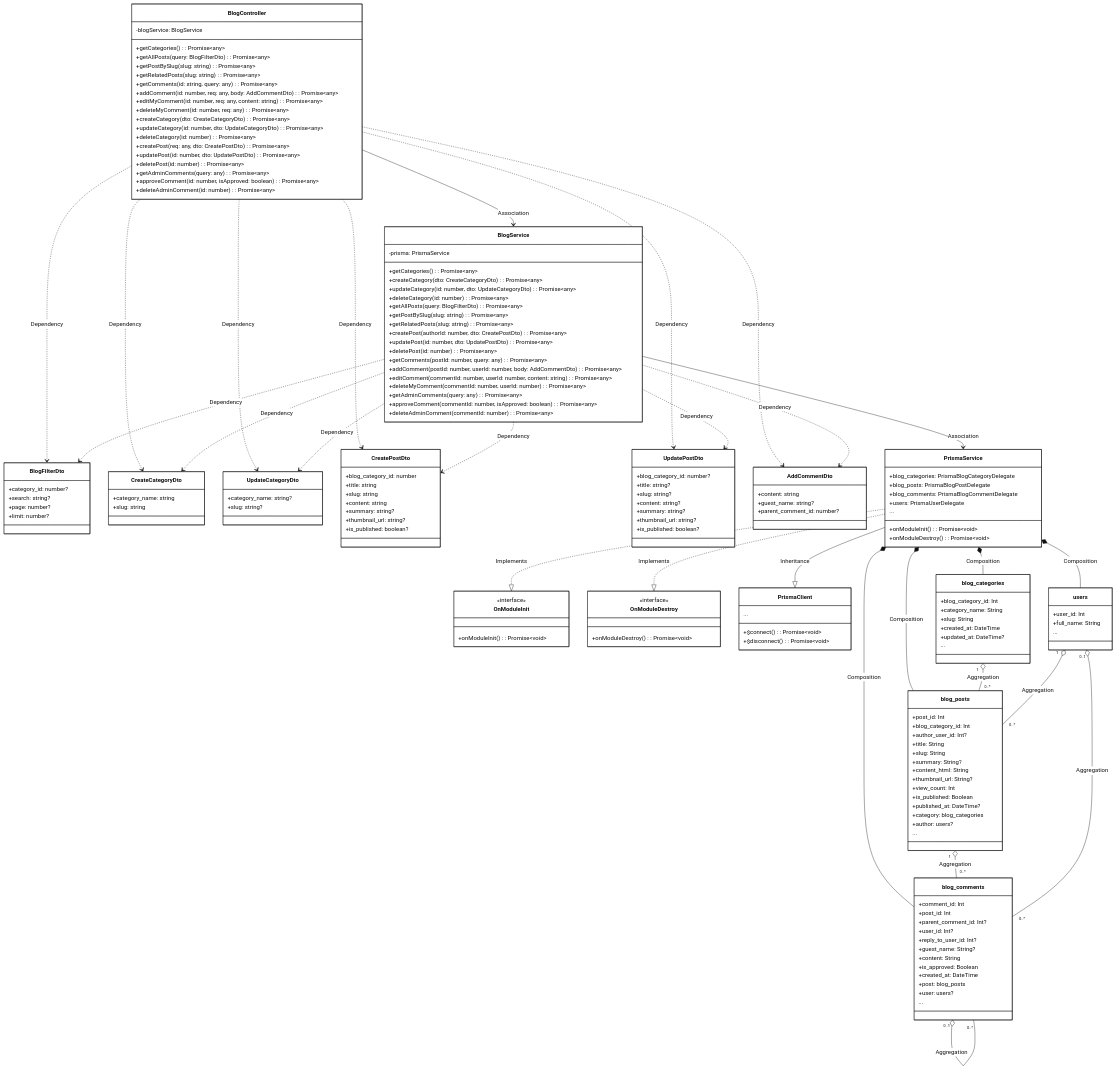
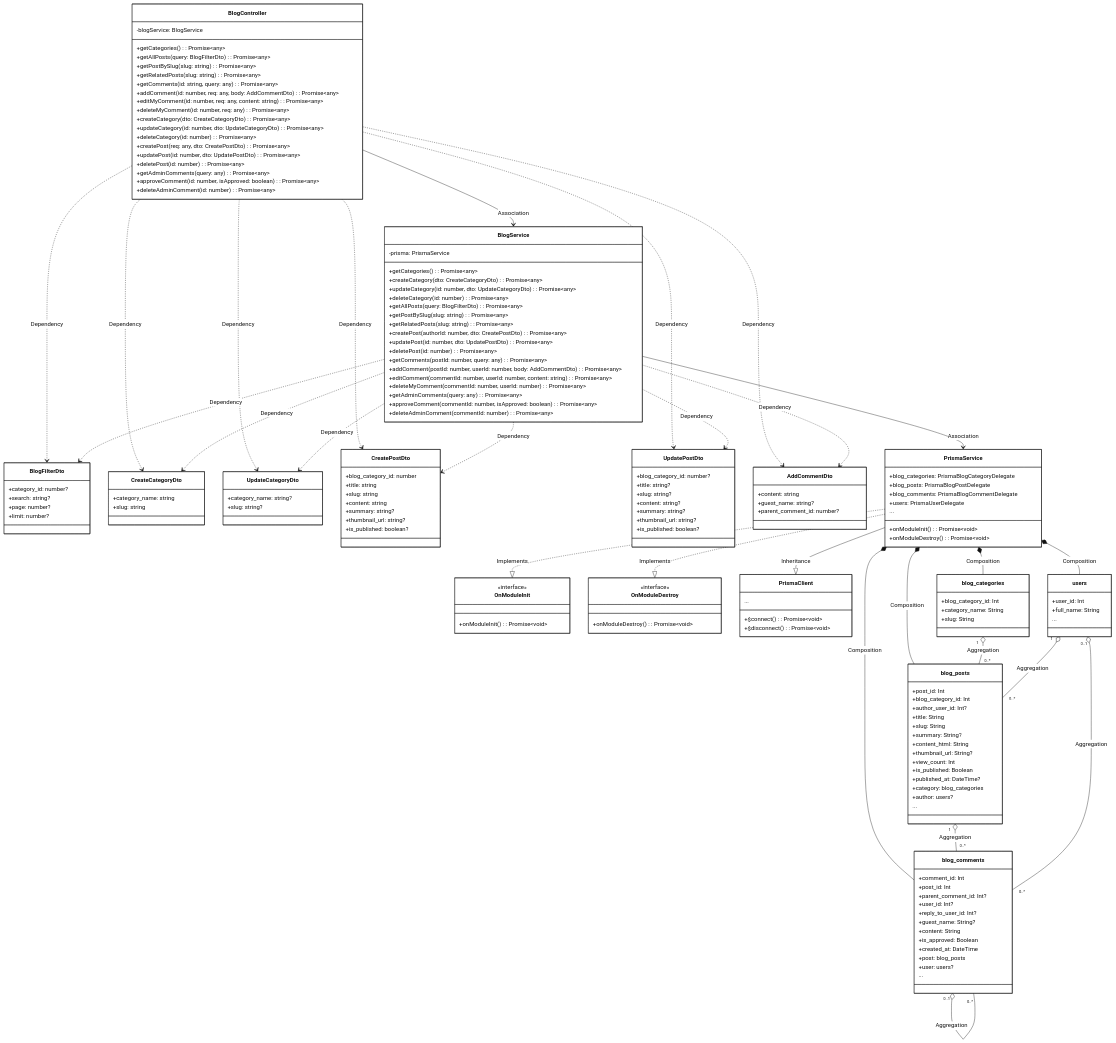
Before and after one commit to CuongBC195/class-diagram-donation-blood: the first of 5 diagrams in modules_mermaid/08_blog.md, drawn with Mermaid. The commit also changed other lines of this file and 39 other files, not shown here.

Commit message:
fix(diagrams): apply strict ellipsis rules and synchronize entity/DTO relationships across all 13 modules

```diff
--- a/modules_mermaid/08_blog.md
+++ b/modules_mermaid/08_blog.md
@@ -123,9 +123,6 @@
   +blog_category_id: Int
   +category_name: String
   +slug: String
-  +created_at: DateTime
-  +updated_at: DateTime?
-  ...
 }
 
 class blog_posts {
```
